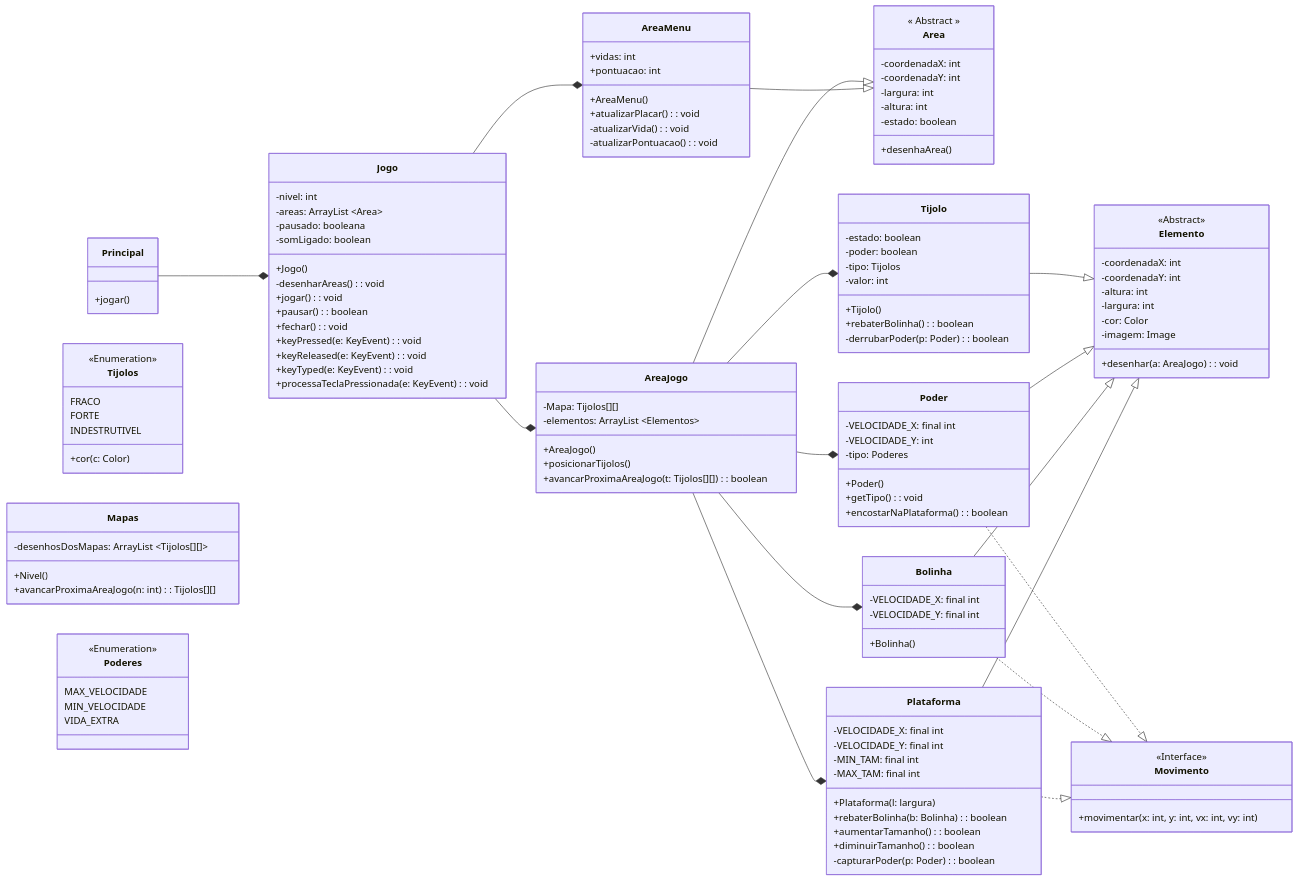
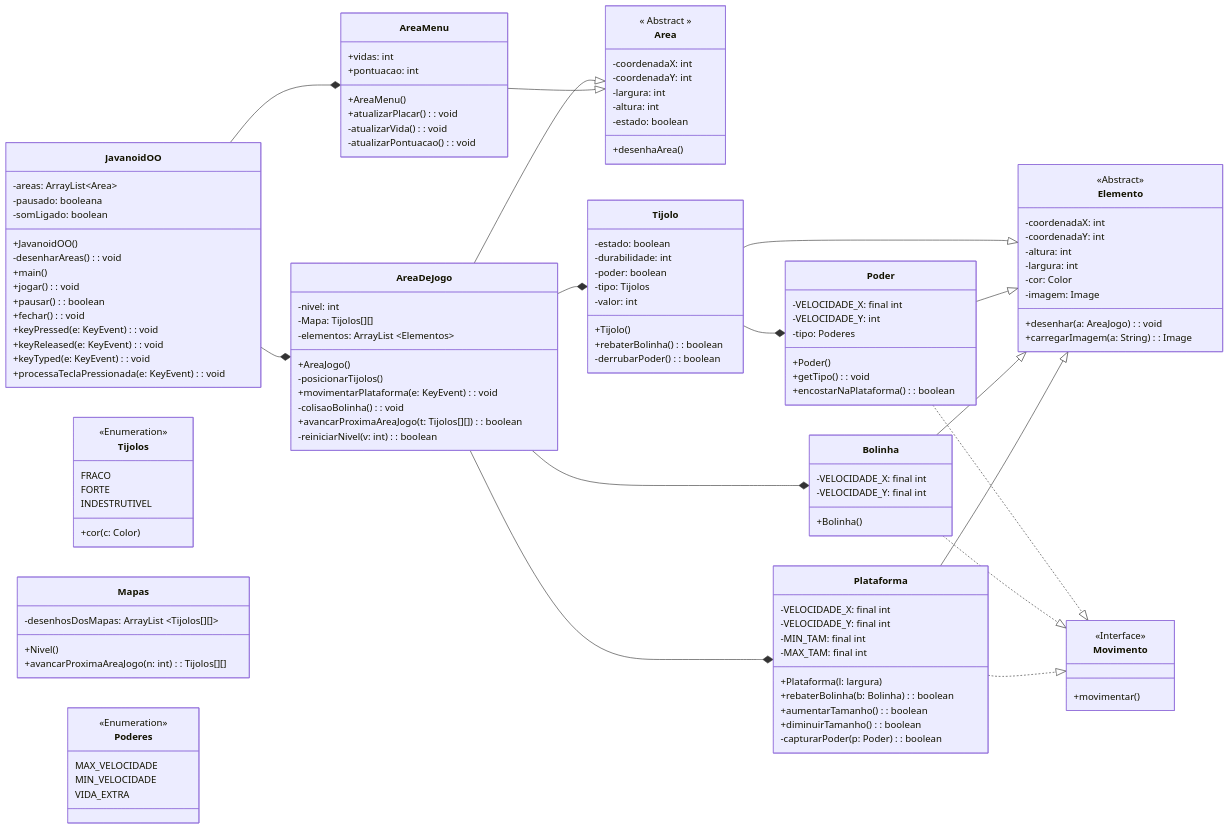
Before and after one commit to luizakuze/POO: the diagram in proj-02/diagrama3.md, drawn with Mermaid. The commit also changed 2 other files, not shown here.

Commit message:
diagrama

````diff
--- a/proj-02/diagrama3.md
+++ b/proj-02/diagrama3.md
@@ -3,17 +3,14 @@
 classDiagram
     direction LR
 
-    class Principal{
-        +jogar()
-    }
 
-    class Jogo {
-        -nivel: int
-        -areas: ArrayList ~Area~
+    class JavanoidOO {
+        -areas: ArrayList~Area~
         -pausado: booleana
         -somLigado: boolean
-        +Jogo()
+        +JavanoidOO()
         -desenharAreas(): void
+        +main()
         +jogar(): void
         +pausar(): boolean
         +fechar(): void
@@ -23,12 +20,18 @@
         +processaTeclaPressionada(e: KeyEvent): void
     }
 
-    class AreaJogo {
+    class AreaDeJogo {
+        -nivel: int
+
         -Mapa: Tijolos[][]
         -elementos: ArrayList ~Elementos~
         +AreaJogo()
-        +posicionarTijolos()
+        -posicionarTijolos()
+        +movimentarPlataforma(e: KeyEvent): void
+        -colisaoBolinha(): void
+
         +avancarProximaAreaJogo(t: Tijolos[][]): boolean
+        -reiniciarNivel(v: int): boolean
     }
 
     class Area {
@@ -78,12 +81,13 @@
 
     class Tijolo {
         -estado: boolean
+        -durabilidade: int
         -poder: boolean
         -tipo: Tijolos
         -valor: int
         +Tijolo()
         +rebaterBolinha(): boolean
-        -derrubarPoder(p: Poder): boolean
+        -derrubarPoder(): boolean
     }
 
     class Poder {
@@ -104,11 +108,12 @@
         -cor: Color
         -imagem: Image
         +desenhar(a: AreaJogo): void
+        +carregarImagem(a: String): Image
     }
 
     class Movimento {
         <<Interface>>
-        +movimentar(x: int, y: int, vx: int, vy: int)
+        +movimentar()
     }
 
     class Mapas {
@@ -126,6 +131,7 @@
     }
 
     Tijolo --|> Elemento
+    Tijolo --* Poder
     Poder --|> Elemento
     Bolinha --|> Elemento
     Plataforma --|> Elemento
@@ -133,18 +139,14 @@
     Poder ..|> Movimento 
     Bolinha ..|> Movimento 
     Plataforma ..|> Movimento
-    AreaJogo --* Plataforma
-    AreaJogo --* Bolinha
-    AreaJogo --* Poder
-    AreaJogo --* Tijolo
+    AreaDeJogo --* Plataforma
+    AreaDeJogo --* Bolinha
+    AreaDeJogo --* Tijolo
 
-    Jogo --* AreaJogo
-    Jogo --* AreaMenu
+    JavanoidOO --* AreaDeJogo
+    JavanoidOO --* AreaMenu
 
-    AreaJogo --|> Area 
+    AreaDeJogo --|> Area 
     AreaMenu --|> Area 
 
-    Principal --* Jogo
-
-    
 ```
````
